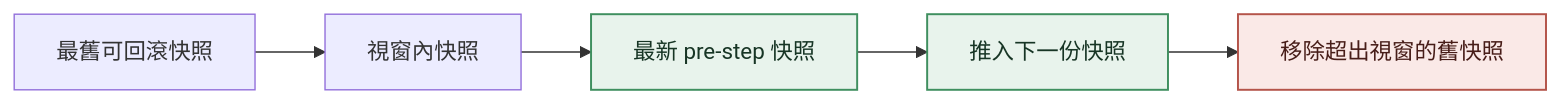
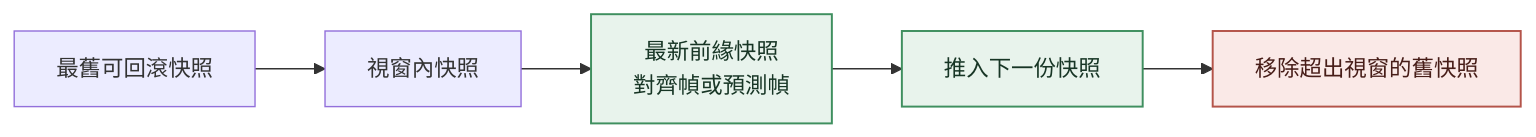
One commit to xjustloveux/open-4wd-specs changed the sixth of 6 diagrams in 程式架構/程式流程/network-sync.md. Above: the diagram before and after it, drawn with Mermaid. The commit also changed other lines of this file and 185 other files, not shown here.

````diff
--- a/程式架構/程式流程/network-sync.md
+++ b/程式架構/程式流程/network-sync.md
@@ -156,12 +164,12 @@
 ```mermaid
 flowchart LR
     Oldest[最舊可回滾快照] --> Middle[視窗內快照]
-    Middle --> Newest[最新 pre-step 快照]
+    Middle --> Newest[最新前緣快照<br/>對齊幀或預測幀]
     Newest --> Push[推入下一份快照]
     Push --> Drop1[移除超出視窗的舊快照]
 
     classDef local fill:#e8f3ec,stroke:#3f8f5f,stroke-width:1.4px,color:#173525;
     classDef fail fill:#fae9e7,stroke:#b4544a,stroke-width:1.4px,color:#471d18;
     class Newest,Push local
     class Drop1 fail
 ```
````
